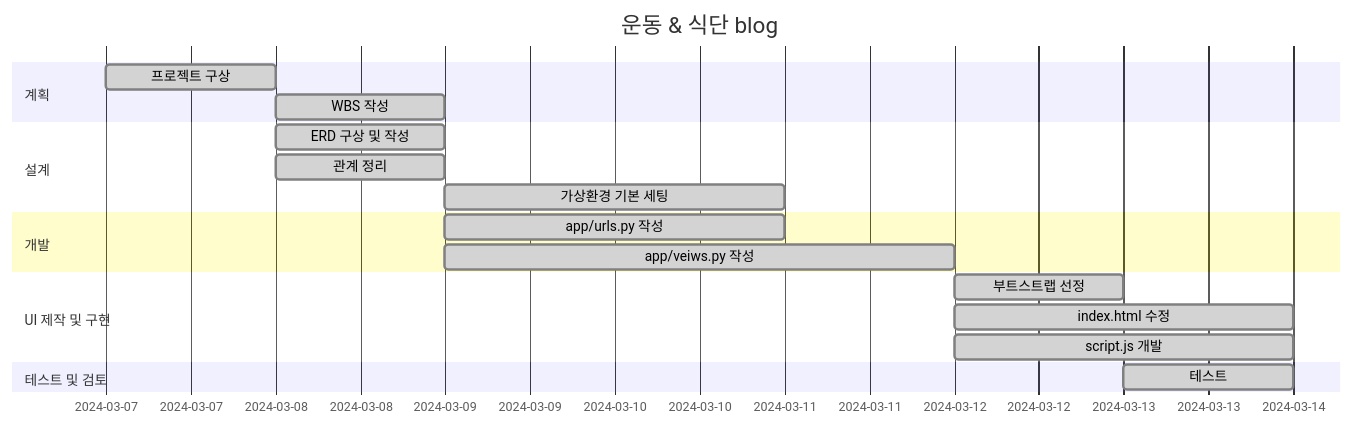
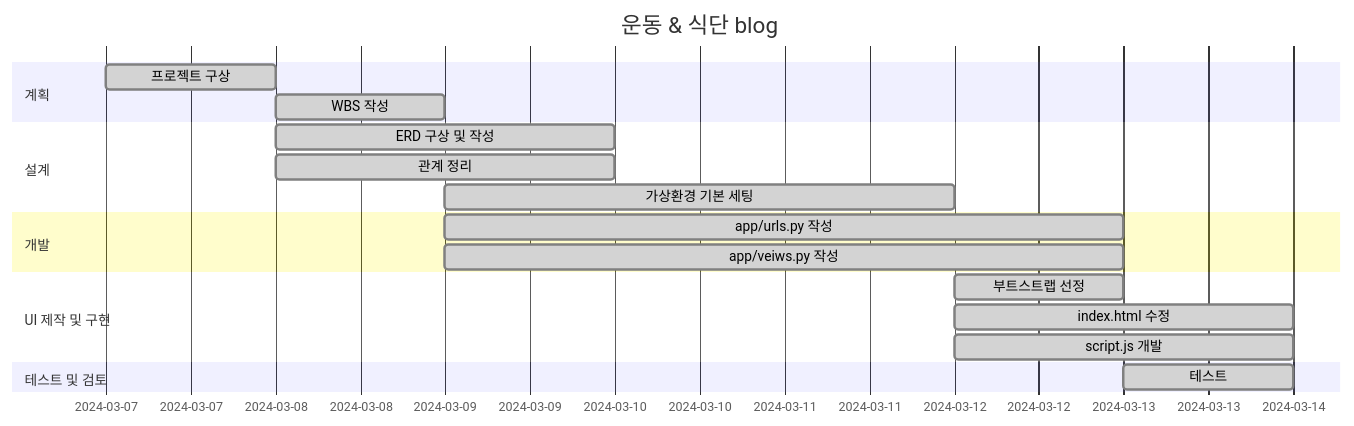
One commit to vin00/blog changed the first of 3 diagrams in readme.md. Above: the diagram before and after it, drawn with Mermaid. The commit also changed other lines of this file, not shown here.

````diff
--- a/readme.md
+++ b/readme.md
@@ -8,25 +17,25 @@
 ```mermaid
 gantt
     title 운동 & 식단 blog
     dateFormat  YYYY-MM-DD
     section 계획
     프로젝트 구상        :done,     des1, 2024-03-07, 1d
     WBS 작성            :done,     des1, 2024-03-08, 1d
  
     section 설계
-    ERD 구상 및 작성     :done,     des1, 2024-03-08, 1d
-    관계 정리            :done,     des1, 2024-03-08, 1d 
-    가상환경 기본 세팅    :done,     des1, 2024-03-09, 2d
+    ERD 구상 및 작성     :done,     des1, 2024-03-08, 1.5d
+    관계 정리            :done,     des1, 2024-03-08, 1.5d 
+    가상환경 기본 세팅    :done,     des1, 2024-03-09, 3d
 
     section 개발
-    app/urls.py 작성    :done,     des1, 2024-03-09, 2d
-    app/veiws.py 작성   :done,     des1, 2024-03-09, 3d
+    app/urls.py 작성    :done,     des1, 2024-03-09, 4d
+    app/veiws.py 작성   :done,     des1, 2024-03-09, 4d
 
     section UI 제작 및 구현
     부트스트랩 선정      :done,     des1, 2024-03-12, 1d
     index.html 수정     :done,     des1, 2024-03-12, 2d
     script.js 개발      :done,     des1, 2024-03-12, 2d
 
     section 테스트 및 검토
     테스트             :done,     des1, 2024-03-13, 1d
 ```
````
